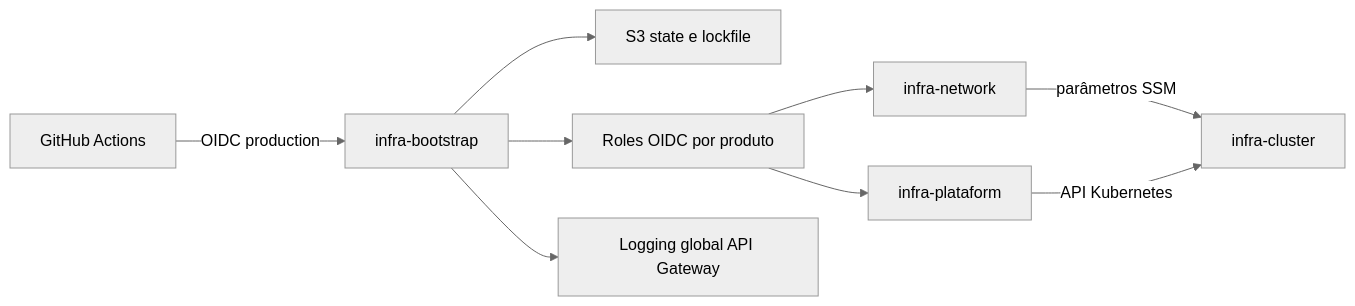
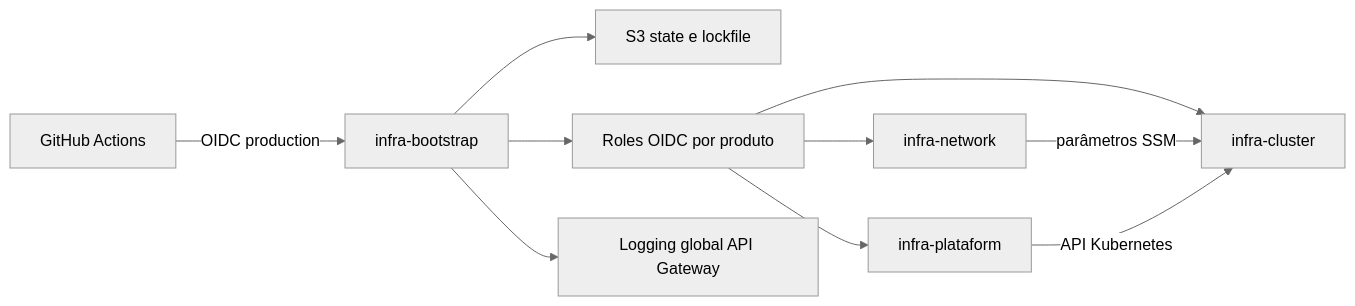
The diagram in README.md (AloisioBarbosa/infra-bootstrap), drawn with Mermaid (neutral theme) before and after one commit. The commit also changed other lines of this file and 7 other files, not shown here.

Commit message:
feat(iam): adiciona role OIDC do infra-cluster

````diff
--- a/README.md
+++ b/README.md
@@ -31,11 +32,12 @@
 ```mermaid
 flowchart LR
   GH["GitHub Actions"] -->|"OIDC production"| B["infra-bootstrap"]
   B --> S3["S3 state e lockfile"]
   B --> IAM["Roles OIDC por produto"]
   B --> APIGW["Logging global API Gateway"]
   IAM --> N["infra-network"]
   IAM --> P["infra-plataform"]
+  IAM --> C["infra-cluster"]
   N -->|"parâmetros SSM"| C["infra-cluster"]
   P -->|"API Kubernetes"| C
 ```
````
